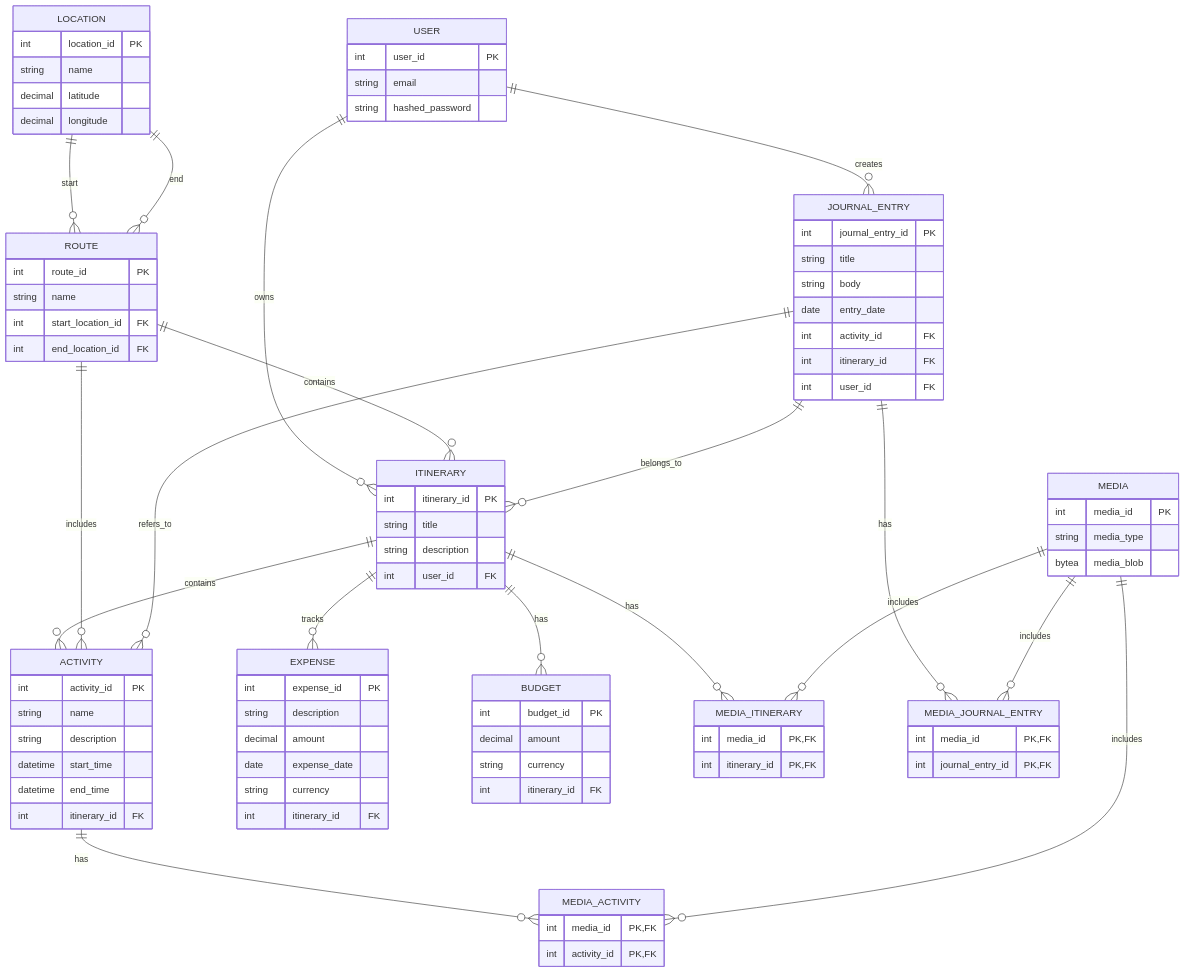
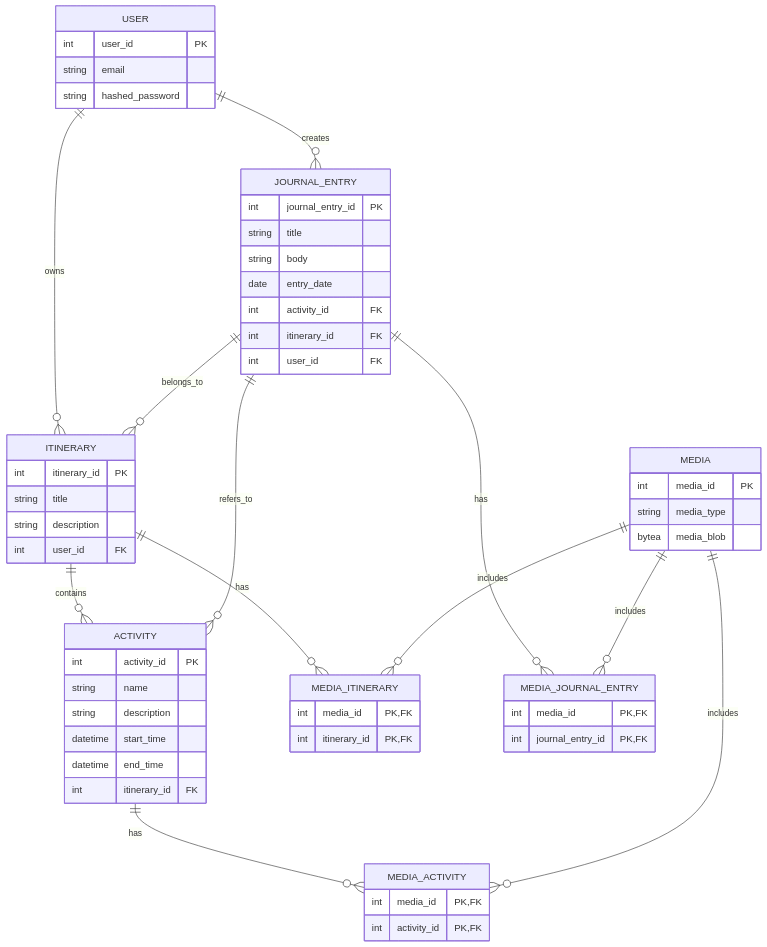
One commit to jarlah/JourniPlan changed the diagram in README.md. Above: the diagram before and after it, drawn with Mermaid. The commit also changed 13 other files, not shown here.

````diff
--- a/README.md
+++ b/README.md
@@ -49,33 +49,6 @@
         string media_type
         bytea media_blob
     }
-    EXPENSE {
-        int expense_id PK
-        string description
-        decimal amount
-        date expense_date
-        string currency
-        int itinerary_id FK
-    }
-    BUDGET {
-        int budget_id PK
-        decimal amount
-        string currency
-        int itinerary_id FK
-    }
-    LOCATION {
-        int location_id PK
-        string name
-        decimal latitude
-        decimal longitude
-    }
-    ROUTE {
-        int route_id PK
-        string name
-        int start_location_id FK
-        int end_location_id FK
-    }
-
     MEDIA_ITINERARY {
         int media_id PK, FK
         int itinerary_id PK, FK
@@ -99,12 +72,6 @@
     USER ||--o{ ITINERARY : owns
     USER ||--o{ JOURNAL_ENTRY : creates
     ITINERARY ||--o{ ACTIVITY : contains
-    ITINERARY ||--o{ EXPENSE : tracks
-    ITINERARY ||--o{ BUDGET : has
-    LOCATION ||--o{ ROUTE : start
-    LOCATION ||--o{ ROUTE : end
-    ROUTE ||--o{ ACTIVITY : includes
-    ROUTE ||--o{ ITINERARY : contains
     JOURNAL_ENTRY ||--o{ ACTIVITY : refers_to
     JOURNAL_ENTRY ||--o{ ITINERARY : belongs_to
 ```
````
